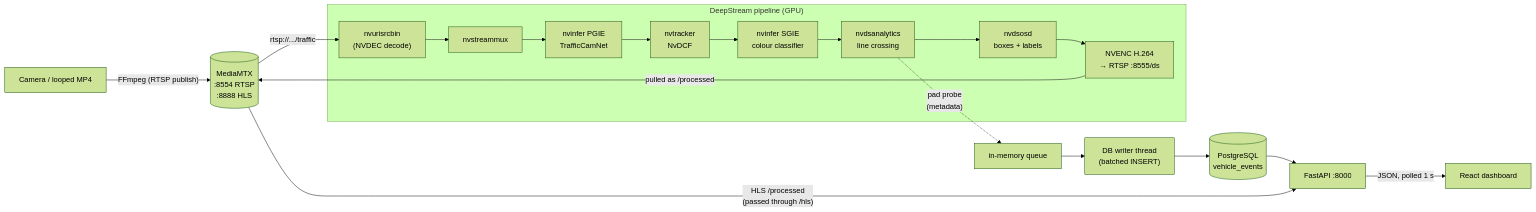
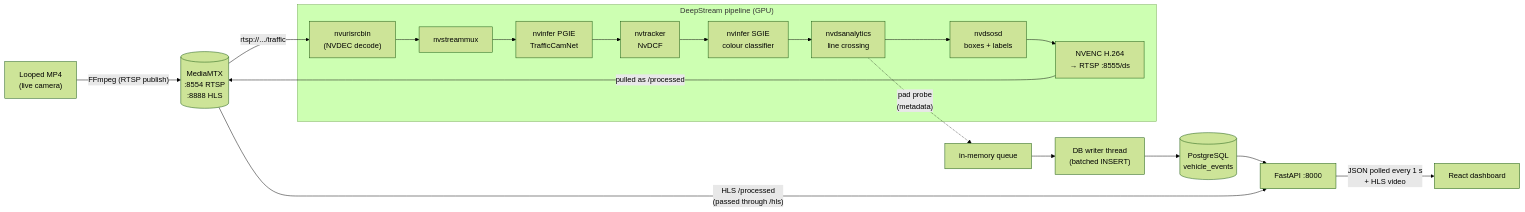
One commit to tejasprof84/vehicle_analytics_v1 changed the diagram in README.md. Above: the diagram before and after it, drawn with Mermaid (forest theme). The commit also changed other lines of this file, not shown here.

````diff
--- a/README.md
+++ b/README.md
@@ -26,23 +43,23 @@
 ```mermaid
 flowchart LR
-    CAM["Camera / looped MP4"] -- "FFmpeg (RTSP publish)" --> MTX[("MediaMTX\n:8554 RTSP\n:8888 HLS")]
+    CAM["Looped MP4\n(live camera)"] -- "FFmpeg (RTSP publish)" --> MTX[("MediaMTX\n:8554 RTSP\n:8888 HLS")]
     MTX -- "rtsp://.../traffic" --> SRC
 
     subgraph DS["DeepStream pipeline (GPU)"]
         SRC["nvurisrcbin\n(NVDEC decode)"] --> MUX["nvstreammux"]
         MUX --> PGIE["nvinfer PGIE\nTrafficCamNet"]
         PGIE --> TRK["nvtracker\nNvDCF"]
         TRK --> SGIE["nvinfer SGIE\ncolour classifier"]
         SGIE --> ANA["nvdsanalytics\nline crossing"]
         ANA --> OSD["nvdsosd\nboxes + labels"]
         OSD --> ENC["NVENC H.264\n→ RTSP :8555/ds"]
     end
 
     ANA -. "pad probe\n(metadata)" .-> Q["in-memory queue"]
     Q --> W["DB writer thread\n(batched INSERT)"]
     W --> PG[("PostgreSQL\nvehicle_events")]
     ENC -- "pulled as /processed" --> MTX
     PG --> API["FastAPI :8000"]
-    API -- "JSON, polled 1 s" --> UI["React dashboard"]
     MTX -- "HLS /processed\n(passed through /hls)" --> API
+    API -- "JSON polled every 1 s\n+ HLS video" --> UI["React dashboard"]
 ```
````
